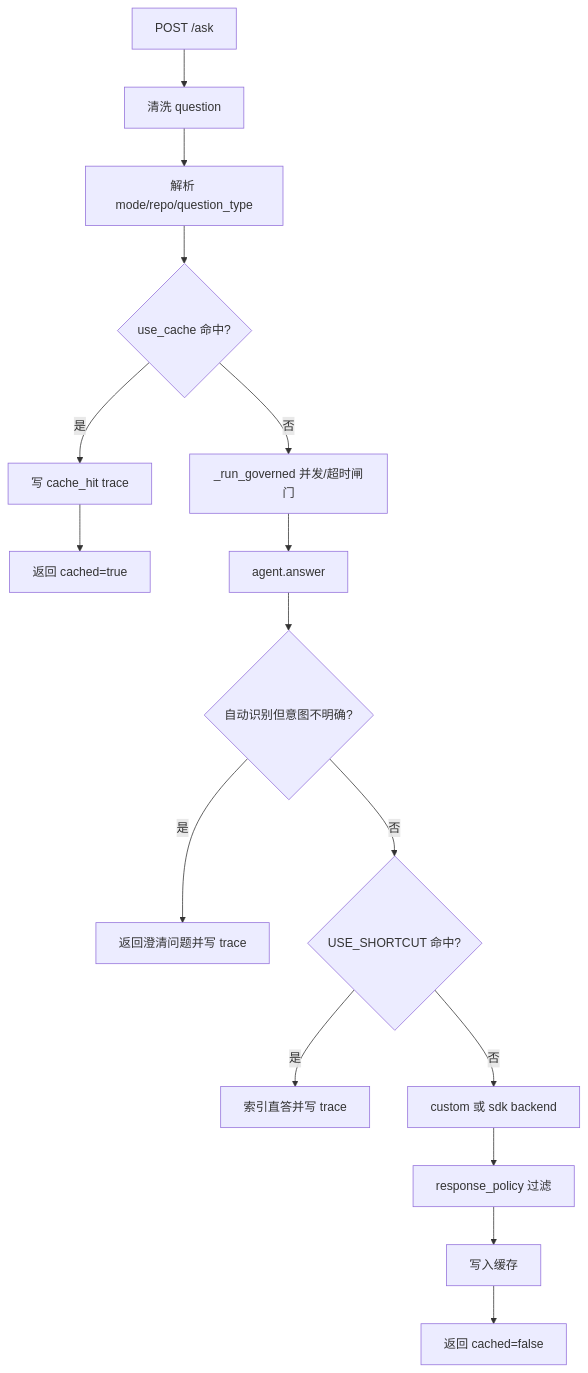
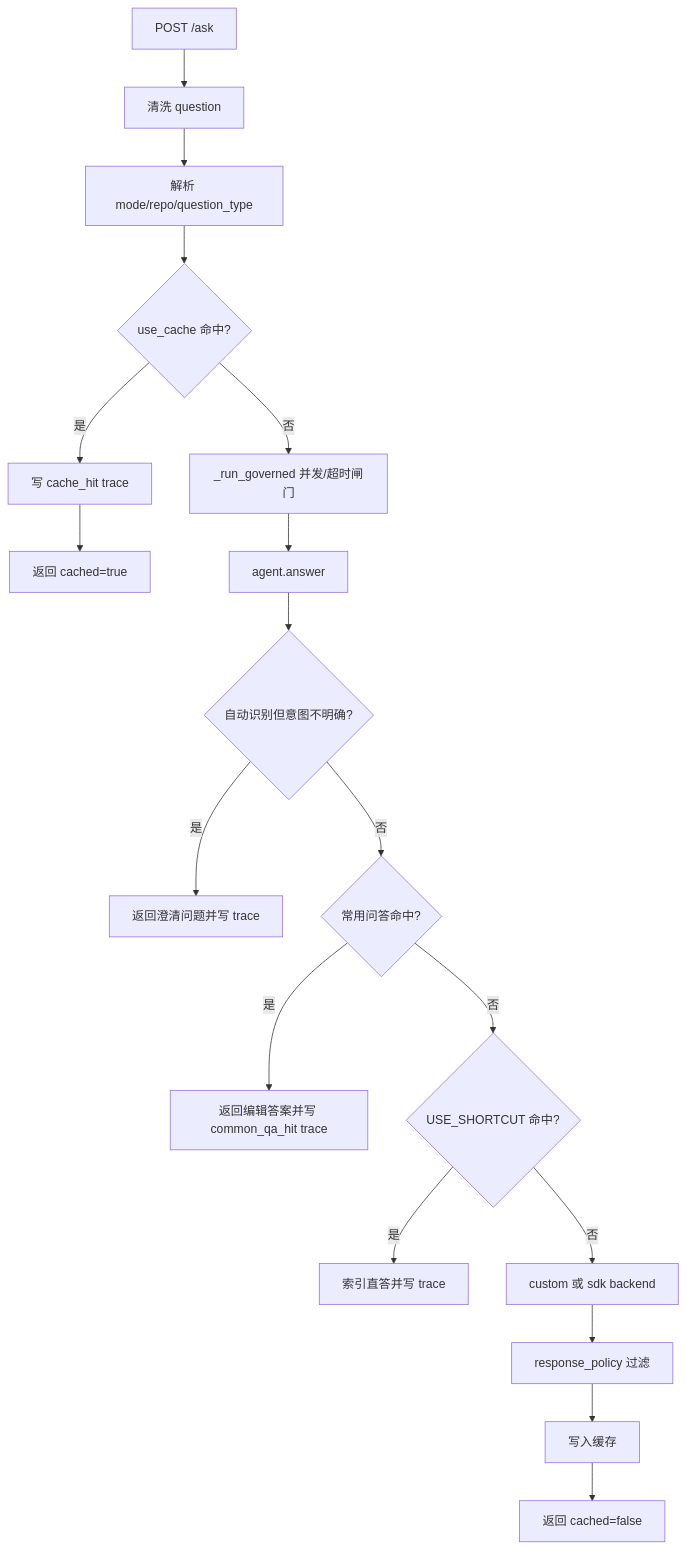
One commit to nomad003/n-code-agent changed the first of 3 diagrams in docs/ask-diagnose-flow.md. Above: the diagram before and after it, drawn with Mermaid. The commit also changed other lines of this file and 11 other files, not shown here.

````diff
--- a/docs/ask-diagnose-flow.md
+++ b/docs/ask-diagnose-flow.md
@@ -40,18 +41,20 @@
 ```mermaid
 flowchart TD
   A[POST /ask] --> B[清洗 question]
   B --> C[解析 mode/repo/question_type]
   C --> D{use_cache 命中?}
   D -- 是 --> E[写 cache_hit trace]
   E --> F[返回 cached=true]
   D -- 否 --> G[_run_governed 并发/超时闸门]
   G --> H[agent.answer]
   H --> I{自动识别但意图不明确?}
   I -- 是 --> J[返回澄清问题并写 trace]
-  I -- 否 --> K{USE_SHORTCUT 命中?}
-  K -- 是 --> L[索引直答并写 trace]
-  K -- 否 --> M[custom 或 sdk backend]
-  M --> N[response_policy 过滤]
-  N --> O[写入缓存]
-  O --> P[返回 cached=false]
+  I -- 否 --> K{常用问答命中?}
+  K -- 是 --> L[返回编辑答案并写 common_qa_hit trace]
+  K -- 否 --> M{USE_SHORTCUT 命中?}
+  M -- 是 --> N[索引直答并写 trace]
+  M -- 否 --> O[custom 或 sdk backend]
+  O --> P[response_policy 过滤]
+  P --> Q[写入缓存]
+  Q --> R[返回 cached=false]
 ```
````
